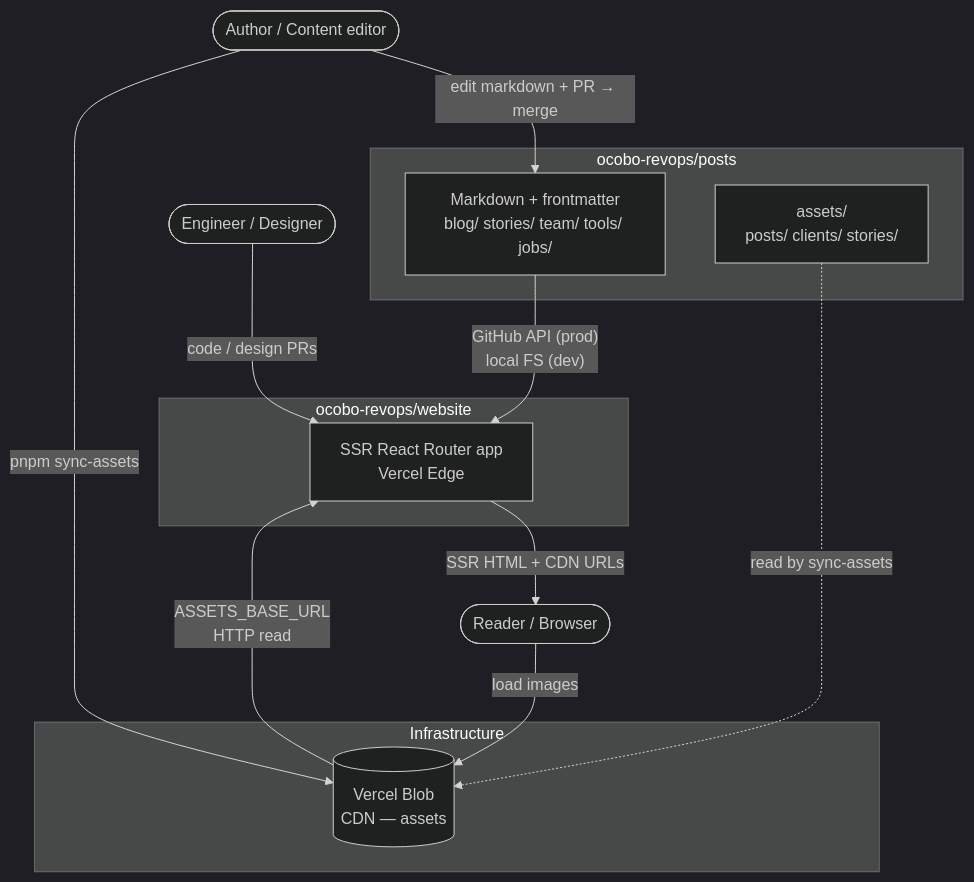
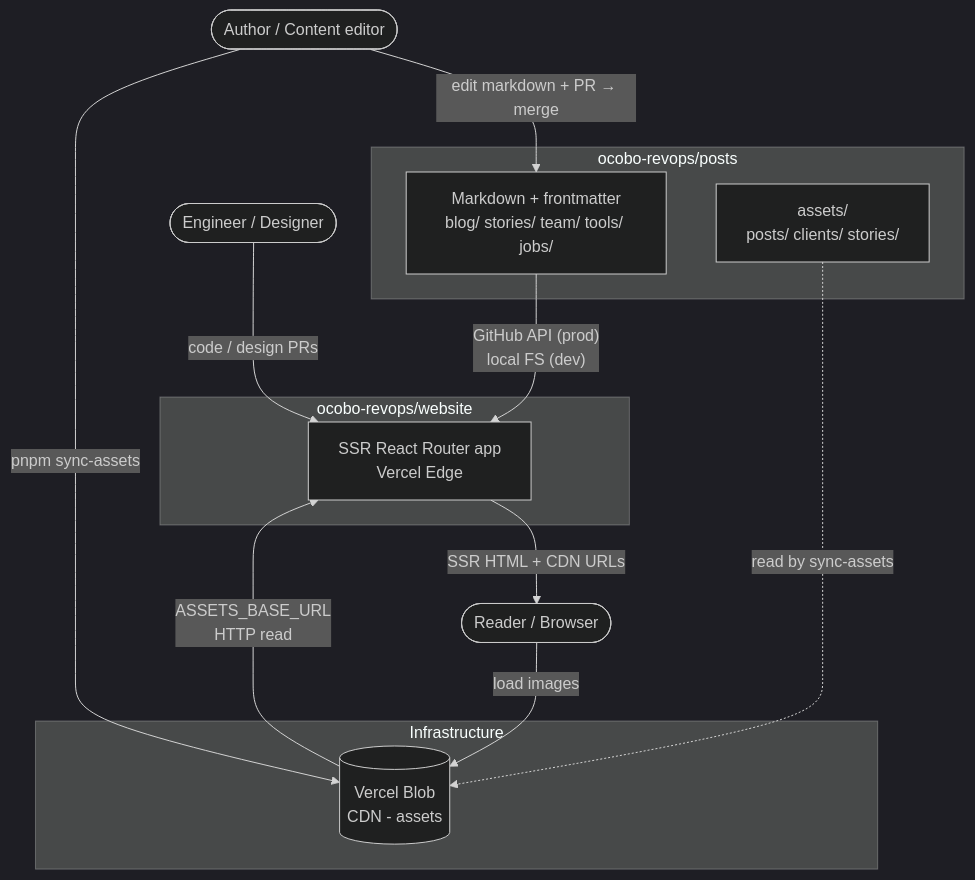
The first of 4 diagrams in docs/architecture/two-repo-content-pipeline.md (ocobo-revops/website), drawn with Mermaid (dark theme) before and after one commit. The commit also changed other lines of this file and 1 other file, not shown here.

````diff
--- a/docs/architecture/two-repo-content-pipeline.md
+++ b/docs/architecture/two-repo-content-pipeline.md
@@ -16,29 +16,29 @@
 ```mermaid
 graph TB
     author(["Author / Content editor"])
     engineer(["Engineer / Designer"])
     reader(["Reader / Browser"])
 
     subgraph posts ["ocobo-revops/posts"]
         md["Markdown + frontmatter\nblog/ stories/ team/ tools/ jobs/"]
         assets_dir["assets/\nposts/ clients/ stories/"]
     end
 
     subgraph infra ["Infrastructure"]
-        blob[("Vercel Blob\nCDN — assets")]
+        blob[("Vercel Blob\nCDN - assets")]
     end
 
     subgraph website ["ocobo-revops/website"]
         app["SSR React Router app\nVercel Edge"]
     end
 
     author -->|"edit markdown + PR → merge"| md
     author -->|"pnpm sync-assets"| blob
     assets_dir -.->|"read by sync-assets"| blob
     engineer -->|"code / design PRs"| app
 
     md -->|"GitHub API (prod)\nlocal FS (dev)"| app
     blob -->|"ASSETS_BASE_URL\nHTTP read"| app
     app -->|"SSR HTML + CDN URLs"| reader
     reader -->|"load images"| blob
 ```
````
